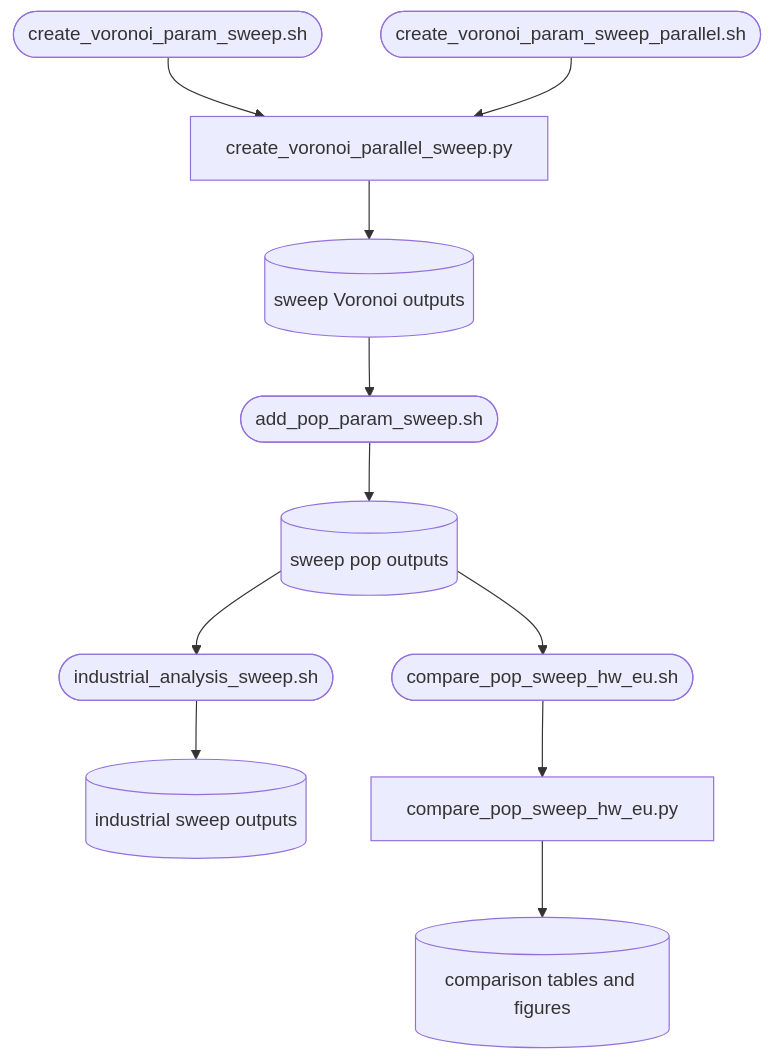
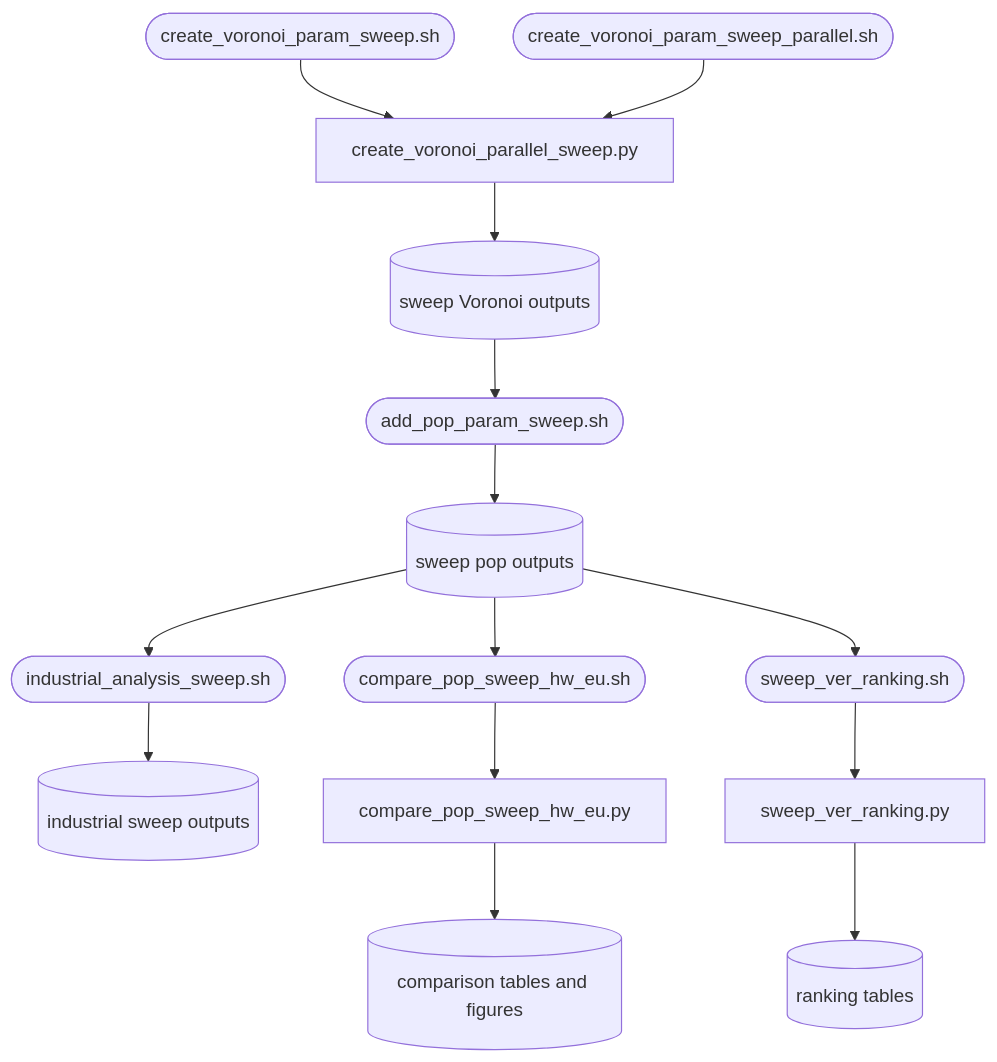
One commit to erennere/plant_capacity changed the diagram in src/sensitivity_analysis_scripts/README.md. Above: the diagram before and after it, drawn with Mermaid. The commit also changed other lines of this file and 38 other files, not shown here.

````diff
--- a/src/sensitivity_analysis_scripts/README.md
+++ b/src/sensitivity_analysis_scripts/README.md
@@ -33,10 +37,12 @@
 ```mermaid
 graph TD
   A([create_voronoi_param_sweep.sh]) --> B[create_voronoi_parallel_sweep.py]
   C([create_voronoi_param_sweep_parallel.sh]) --> B
   B --> D[(sweep Voronoi outputs)]
   D --> E([add_pop_param_sweep.sh]) --> F[(sweep pop outputs)]
   F --> G([industrial_analysis_sweep.sh]) --> H[(industrial sweep outputs)]
   F --> I([compare_pop_sweep_hw_eu.sh]) --> J[compare_pop_sweep_hw_eu.py]
   J --> K[(comparison tables and figures)]
+  F --> L([sweep_ver_ranking.sh]) --> M[sweep_ver_ranking.py]
+  M --> N[(ranking tables)]
 ```
````
